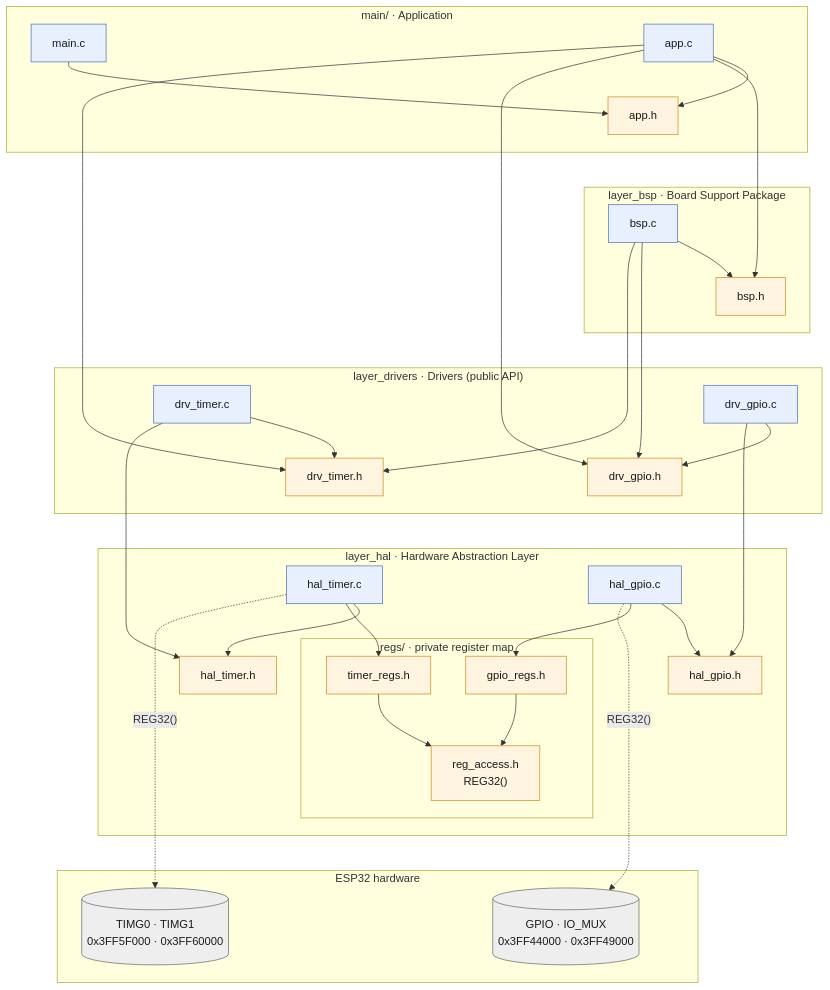
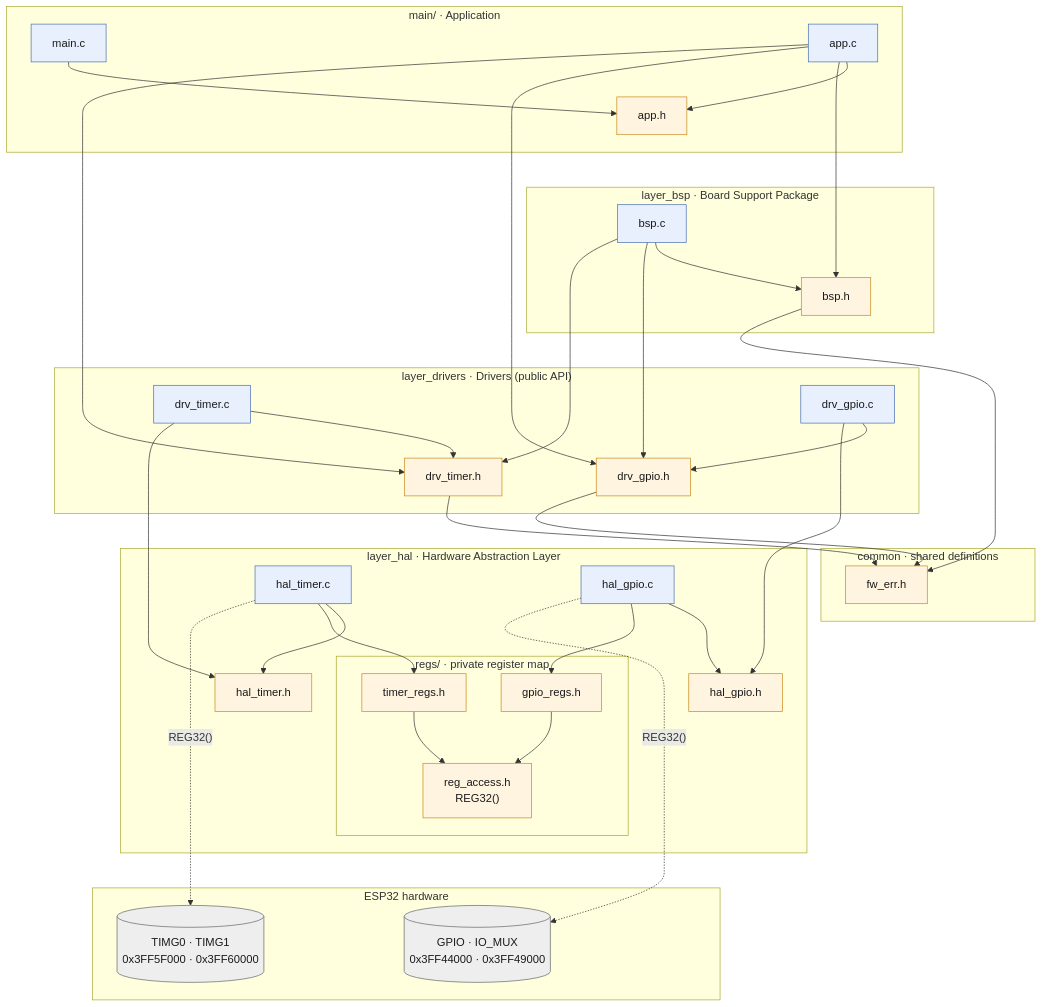
The diagram in README.md (Elkala21/U2_Laboratorio-Firmware-ESP32), drawn with Mermaid before and after one commit. The commit also changed other lines of this file, not shown here.

Commit message:
Modificado el archivo README.md, se incluye fw_error en la planeación del proyecto

````diff
--- a/README.md
+++ b/README.md
@@ -43,6 +43,10 @@
             timer_regs_h["timer_regs.h"]
             reg_access_h["reg_access.h<br/>REG32()"]
         end
+    end
+ 
+    subgraph COMMON["common · shared definitions"]
+        fw_err_h["fw_err.h"]
     end
  
     subgraph HW["ESP32 hardware"]
@@ -83,6 +87,11 @@
     gpio_regs_h --> reg_access_h
     timer_regs_h --> reg_access_h
  
+    %% Common error codes (used in the public API of drivers and BSP)
+    drv_gpio_h --> fw_err_h
+    drv_timer_h --> fw_err_h
+    bsp_h --> fw_err_h
+ 
     %% Hardware access
     hal_gpio_c -. "REG32()" .-> hw_gpio
     hal_timer_c -. "REG32()" .-> hw_timg
@@ -91,6 +100,6 @@
     classDef hdr fill:#fff4e0,stroke:#c98a1b,color:#1a1a1a
     classDef hw fill:#eeeeee,stroke:#666666,color:#1a1a1a
     class main_c,app_c,bsp_c,drv_gpio_c,drv_timer_c,hal_gpio_c,hal_timer_c src
-    class app_h,bsp_h,drv_gpio_h,drv_timer_h,hal_gpio_h,hal_timer_h,gpio_regs_h,timer_regs_h,reg_access_h hdr
+    class app_h,bsp_h,drv_gpio_h,drv_timer_h,hal_gpio_h,hal_timer_h,gpio_regs_h,timer_regs_h,reg_access_h,fw_err_h hdr
     class hw_gpio,hw_timg hw
 ```
````
